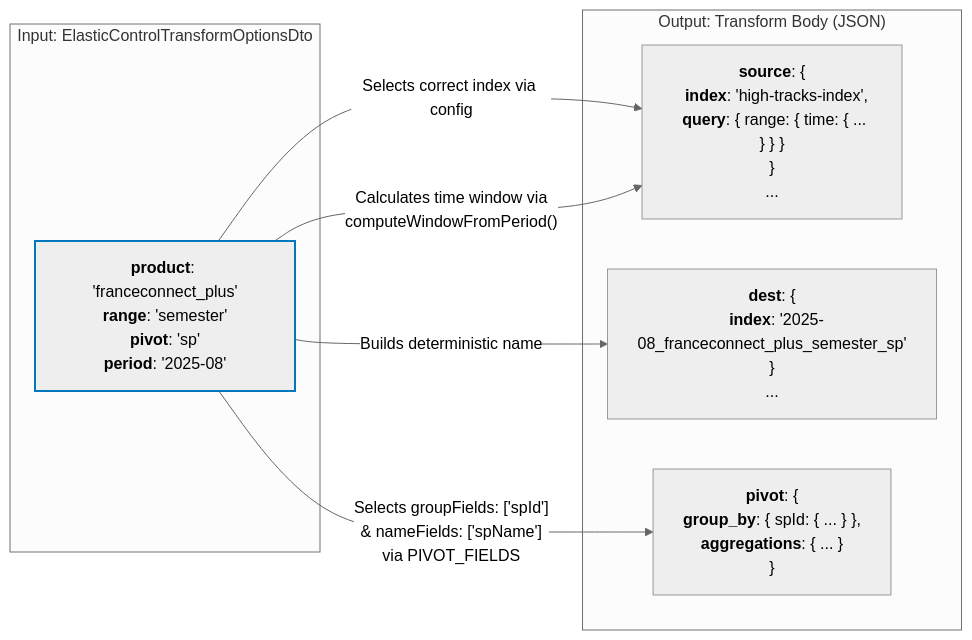
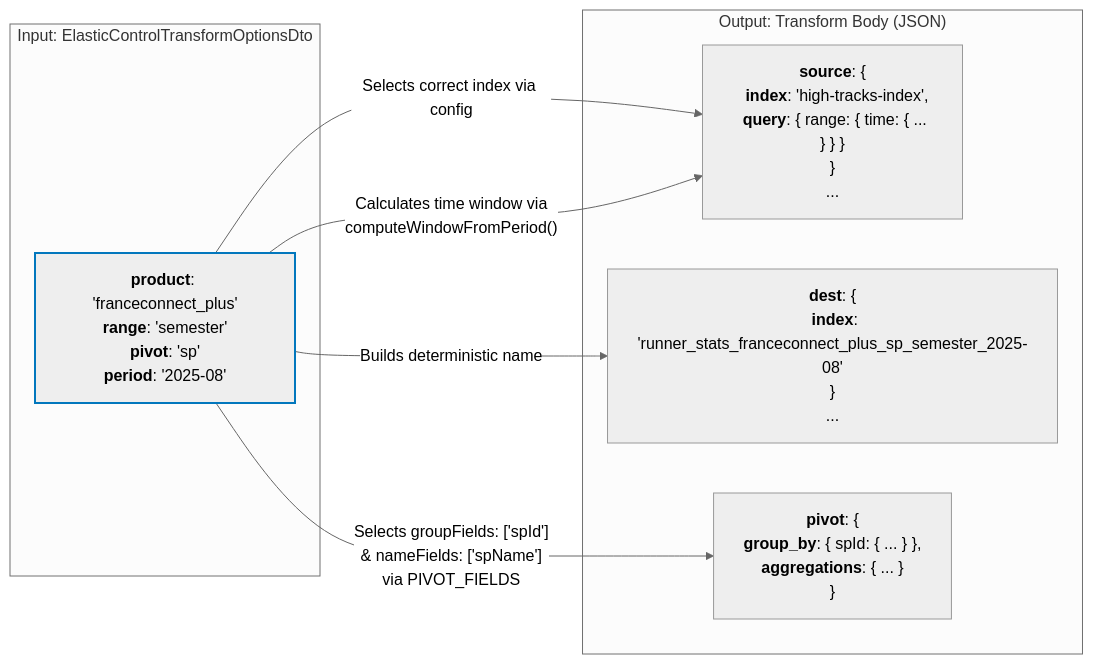
The first of 2 diagrams in back/libs/elasticsearch/README.elastic-control.md (france-connect/sources), drawn with Mermaid (neutral theme) before and after one commit. The commit also changed other lines of this file and 1165 other files, not shown here.

````diff
--- a/back/libs/elasticsearch/README.elastic-control.md
+++ b/back/libs/elasticsearch/README.elastic-control.md
@@ -57,19 +56,19 @@
 ```mermaid
 graph LR
     subgraph "Input: ElasticControlTransformOptionsDto"
         A["<b>product</b>: 'franceconnect_plus'<br/><b>range</b>: 'semester'<br/><b>pivot</b>: 'sp'<br/><b>period</b>: '2025-08'"]
     end
 
     subgraph "Output: Transform Body (JSON)"
         B["<b>source</b>: {<br/>  <b>index</b>: 'high-tracks-index',<br/>  <b>query</b>: { range: { time: { ... } } }<br/>}<br/>..."]
-        C["<b>dest</b>: {<br/>  <b>index</b>: '2025-08_franceconnect_plus_semester_sp'<br/>}<br/>..."]
+        C["<b>dest</b>: {<br/>  <b>index</b>: 'runner_stats_franceconnect_plus_sp_semester_2025-08'<br/>}<br/>..."]
         D["<b>pivot</b>: {<br/>  <b>group_by</b>: { spId: { ... } },<br/>  <b>aggregations</b>: { ... }<br/>}"]
     end
 
     A -- "Selects correct index via config" --> B;
     A -- "Calculates time window via<br/>computeWindowFromPeriod()" --> B;
     A -- "Builds deterministic name" --> C;
     A -- "Selects groupFields: ['spId']<br/>& nameFields: ['spName']<br/>via PIVOT_FIELDS" --> D;
 
     style A stroke:#0277BD,stroke-width:2px
 ```
````
